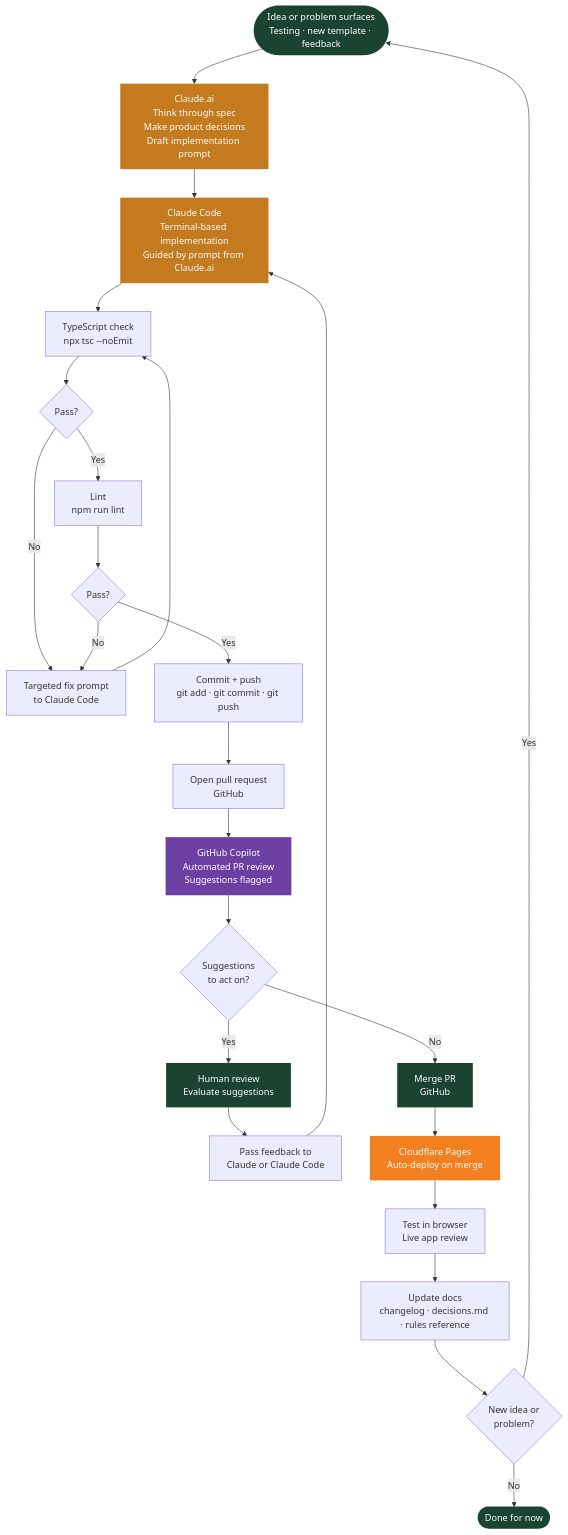
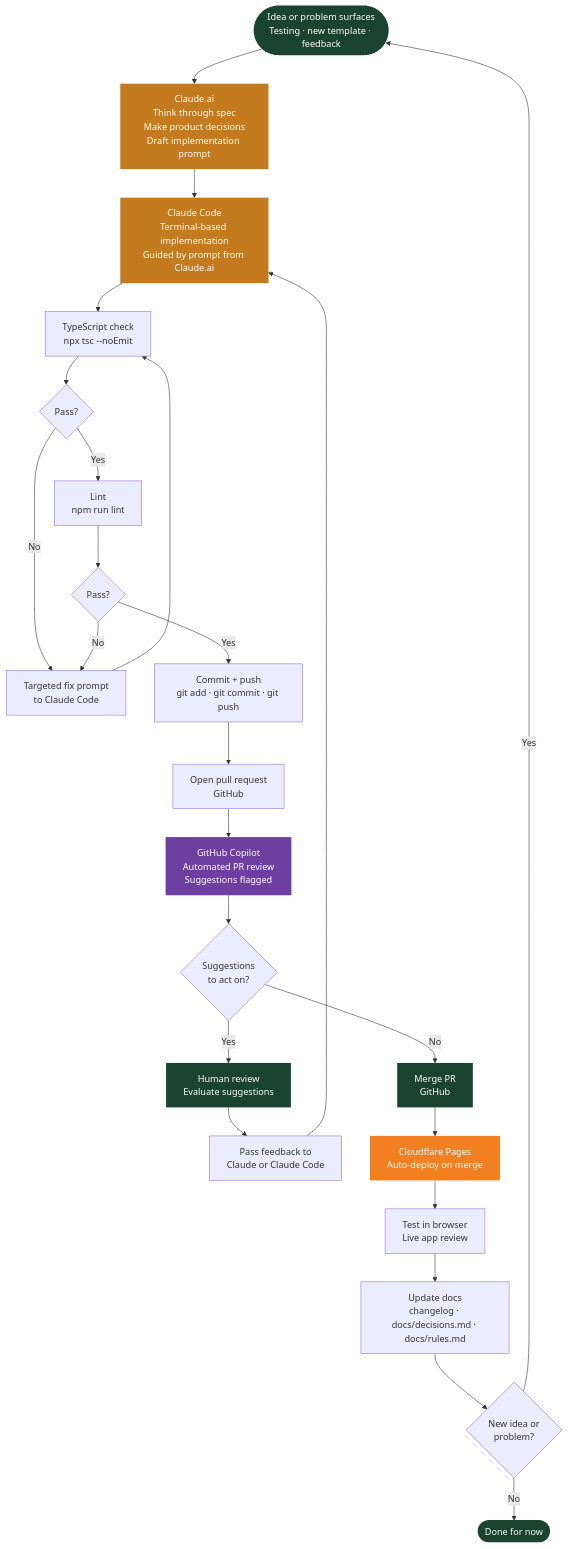
One commit to agilesix/nofo-design-prep-checker changed the diagram in docs/dev-workflow.mermaid. Above: the diagram before and after it, drawn with Mermaid.

```diff
--- a/docs/dev-workflow.mermaid
+++ b/docs/dev-workflow.mermaid
@@ -1,46 +1,46 @@
 flowchart TD
     A([Idea or problem surfaces\nTesting · new template · feedback]) --> B
 
     B[Claude.ai\nThink through spec\nMake product decisions\nDraft implementation prompt]
 
     B --> C[Claude Code\nTerminal-based implementation\nGuided by prompt from Claude.ai]
 
     C --> D[TypeScript check\nnpx tsc --noEmit]
     D --> E{Pass?}
     E -- No --> F[Targeted fix prompt\nto Claude Code]
     F --> D
     E -- Yes --> G[Lint\nnpm run lint]
     G --> H{Pass?}
     H -- No --> F
     H -- Yes --> I[Commit + push\ngit add · git commit · git push]
 
     I --> J[Open pull request\nGitHub]
 
     J --> K[GitHub Copilot\nAutomated PR review\nSuggestions flagged]
 
     K --> L{Suggestions\nto act on?}
 
     L -- Yes --> M[Human review\nEvaluate suggestions]
     M --> N[Pass feedback to\nClaude or Claude Code]
     N --> C
 
     L -- No --> O[Merge PR\nGitHub]
 
     O --> P[Cloudflare Pages\nAuto-deploy on merge]
 
     P --> Q[Test in browser\nLive app review]
 
-    Q --> R[Update docs\nchangelog · decisions.md · rules reference]
+    Q --> R[Update docs\nchangelog · docs/decisions.md · docs/rules.md]
 
     R --> S{New idea or\nproblem?}
     S -- Yes --> A
     S -- No --> T([Done for now])
 
     style A fill:#1b4332,color:#fff,stroke:none
     style T fill:#1b4332,color:#fff,stroke:none
     style B fill:#c47a1e,color:#fff,stroke:none
     style C fill:#c47a1e,color:#fff,stroke:none
     style K fill:#6e3fa3,color:#fff,stroke:none
     style M fill:#1b4332,color:#fff,stroke:none
     style O fill:#1b4332,color:#fff,stroke:none
     style P fill:#f38020,color:#fff,stroke:none
```
